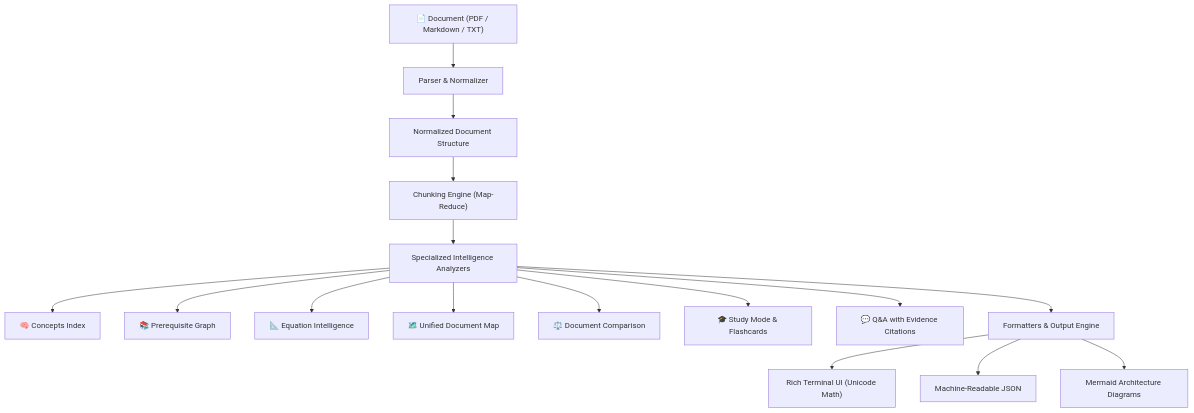
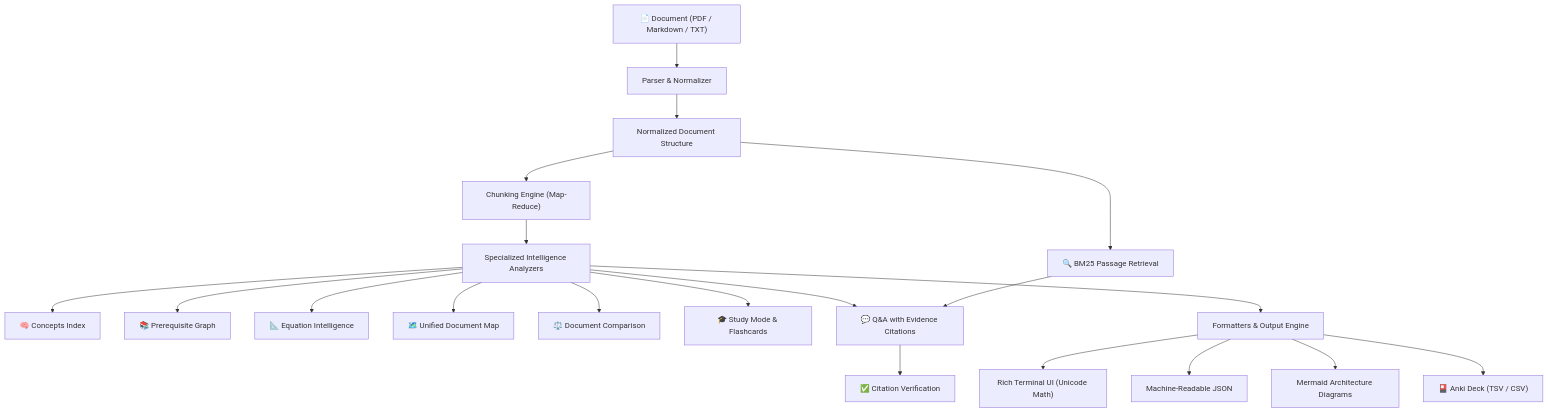
Before and after one commit to ESAditya1729/DocPulse-AI: the diagram in README.md, drawn with Mermaid. The commit also changed other lines of this file and 9 other files, not shown here.

````diff
--- a/README.md
+++ b/README.md
@@ -5,20 +15,25 @@
 ```mermaid
 graph TD
     Input["📄 Document (PDF / Markdown / TXT)"] --> Parser["Parser & Normalizer"]
     Parser --> NormDoc["Normalized Document Structure"]
     NormDoc --> Chunking["Chunking Engine (Map-Reduce)"]
     Chunking --> Analyzers["Specialized Intelligence Analyzers"]
-    
+
     Analyzers --> Concepts["🧠 Concepts Index"]
     Analyzers --> Prerequisites["📚 Prerequisite Graph"]
     Analyzers --> Equations["📐 Equation Intelligence"]
     Analyzers --> DocMap["🗺️ Unified Document Map"]
     Analyzers --> Compare["⚖️ Document Comparison"]
     Analyzers --> Study["🎓 Study Mode & Flashcards"]
     Analyzers --> Ask["💬 Q&A with Evidence Citations"]
 
+    NormDoc --> Retrieval["🔍 BM25 Passage Retrieval"]
+    Retrieval --> Ask
+    Ask --> Verify["✅ Citation Verification"]
+
     Analyzers --> Renderers["Formatters & Output Engine"]
     Renderers --> Terminal["Rich Terminal UI (Unicode Math)"]
     Renderers --> JSON["Machine-Readable JSON"]
     Renderers --> Mermaid["Mermaid Architecture Diagrams"]
+    Renderers --> AnkiDeck["🎴 Anki Deck (TSV / CSV)"]
 ```
````
